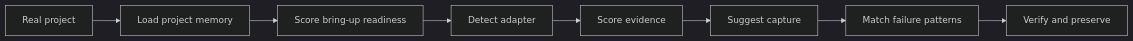
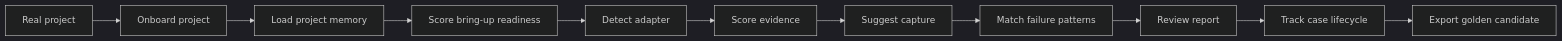
The diagram in docs/project_adapters.md (shark0304/personal-embeded-debug-skill), drawn with Mermaid (dark theme) before and after one commit. The commit also changed other lines of this file and 12 other files, not shown here.

````diff
--- a/docs/project_adapters.md
+++ b/docs/project_adapters.md
@@ -121,10 +143,13 @@
 ```mermaid
 flowchart LR
-    A["Real project"] --> B["Load project memory"]
-    B --> C["Score bring-up readiness"]
-    C --> D["Detect adapter"]
-    D --> E["Score evidence"]
-    E --> F["Suggest capture"]
-    F --> G["Match failure patterns"]
-    G --> H["Verify and preserve"]
+    A["Real project"] --> B["Onboard project"]
+    B --> C["Load project memory"]
+    C --> D["Score bring-up readiness"]
+    D --> E["Detect adapter"]
+    E --> F["Score evidence"]
+    F --> G["Suggest capture"]
+    G --> H["Match failure patterns"]
+    H --> I["Review report"]
+    I --> J["Track case lifecycle"]
+    J --> K["Export golden candidate"]
 ```
````
